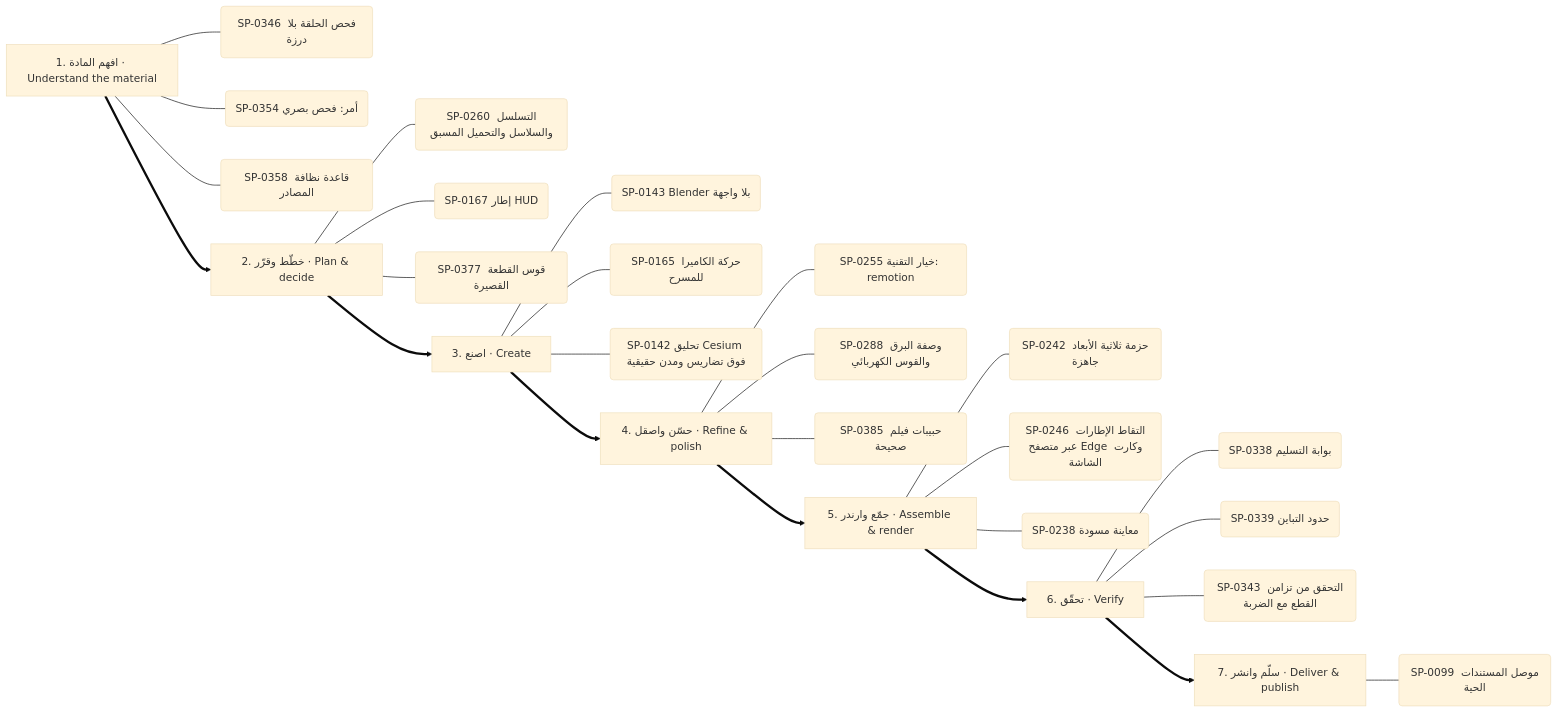
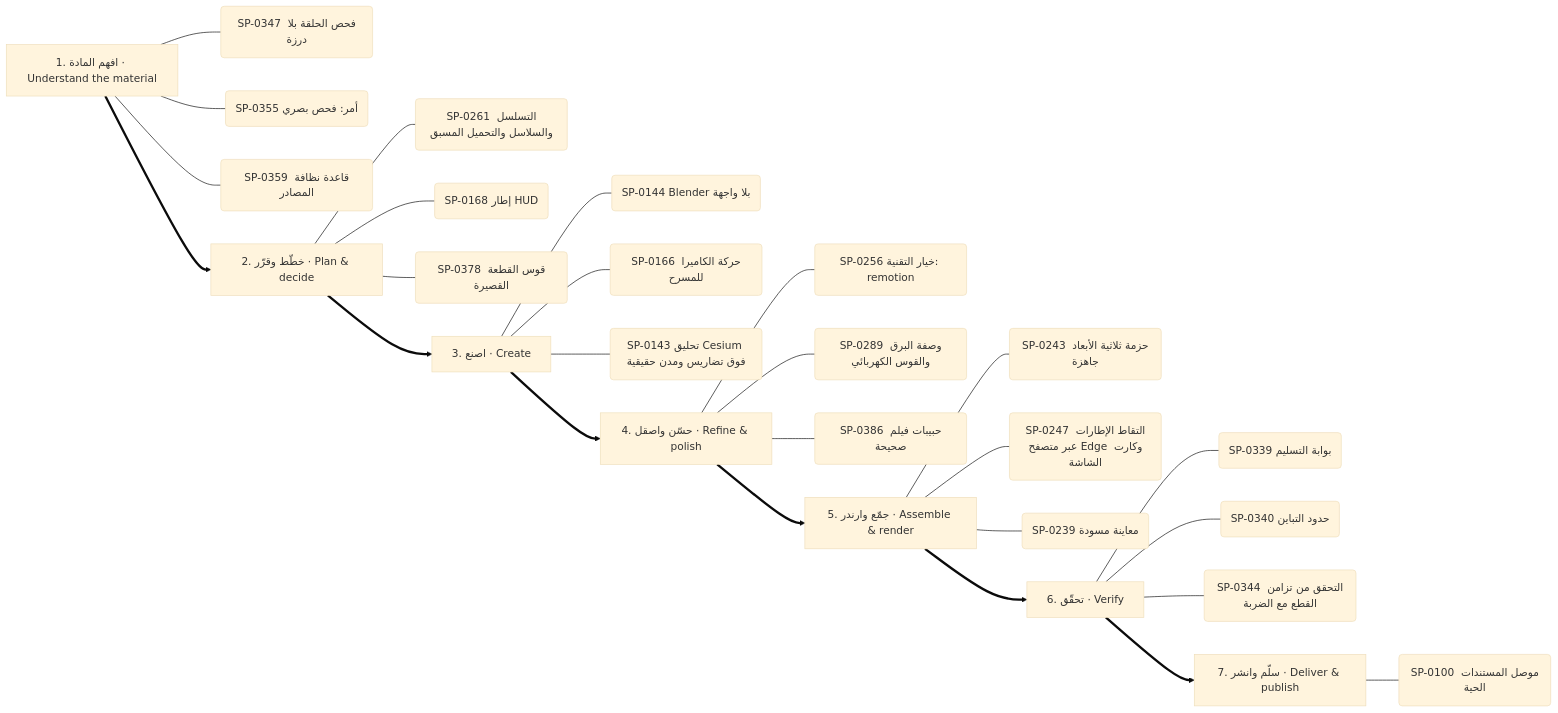
Before and after one commit to kosif199022-jpg/kosif-tool: the eighth of 13 diagrams in .claude/skills/kosif-superpowers/references/capability-mindmap.md, drawn with Mermaid (base theme). The commit also changed other lines of this file and 9 other files, not shown here.

First line of the commit message:
Rebuild the fused superpowers, hubs, mind map and owned-repos map

````diff
--- a/.claude/skills/kosif-superpowers/references/capability-mindmap.md
+++ b/.claude/skills/kosif-superpowers/references/capability-mindmap.md
@@ -407,35 +407,35 @@
 ```mermaid
 flowchart LR
   S0["1. افهم المادة · Understand the material"]
-  S0 --- S0_0("SP-0346 فحص الحلقة بلا درزة")
-  S0 --- S0_1("SP-0354 أمر: فحص بصري")
-  S0 --- S0_2("SP-0358 قاعدة نظافة المصادر")
+  S0 --- S0_0("SP-0347 فحص الحلقة بلا درزة")
+  S0 --- S0_1("SP-0355 أمر: فحص بصري")
+  S0 --- S0_2("SP-0359 قاعدة نظافة المصادر")
   S1["2. خطّط وقرّر · Plan & decide"]
-  S1 --- S1_0("SP-0260 التسلسل والسلاسل والتحميل المسبق")
-  S1 --- S1_1("SP-0167 إطار HUD")
-  S1 --- S1_2("SP-0377 قوس القطعة القصيرة")
+  S1 --- S1_0("SP-0261 التسلسل والسلاسل والتحميل المسبق")
+  S1 --- S1_1("SP-0168 إطار HUD")
+  S1 --- S1_2("SP-0378 قوس القطعة القصيرة")
   S0 ==> S1
   S2["3. اصنع · Create"]
-  S2 --- S2_0("SP-0143 Blender بلا واجهة")
-  S2 --- S2_1("SP-0165 حركة الكاميرا للمسرح")
-  S2 --- S2_2("SP-0142 تحليق Cesium فوق تضاريس ومدن حقيقية")
+  S2 --- S2_0("SP-0144 Blender بلا واجهة")
+  S2 --- S2_1("SP-0166 حركة الكاميرا للمسرح")
+  S2 --- S2_2("SP-0143 تحليق Cesium فوق تضاريس ومدن حقيقية")
   S1 ==> S2
   S3["4. حسّن واصقل · Refine & polish"]
-  S3 --- S3_0("SP-0255 خيار التقنية: remotion")
-  S3 --- S3_1("SP-0288 وصفة البرق والقوس الكهربائي")
-  S3 --- S3_2("SP-0385 حبيبات فيلم صحيحة")
+  S3 --- S3_0("SP-0256 خيار التقنية: remotion")
+  S3 --- S3_1("SP-0289 وصفة البرق والقوس الكهربائي")
+  S3 --- S3_2("SP-0386 حبيبات فيلم صحيحة")
   S2 ==> S3
   S4["5. جمّع وارندر · Assemble & render"]
-  S4 --- S4_0("SP-0242 حزمة ثلاثية الأبعاد جاهزة")
-  S4 --- S4_1("SP-0246 التقاط الإطارات عبر متصفح Edge وكارت الشاشة")
-  S4 --- S4_2("SP-0238 معاينة مسودة")
+  S4 --- S4_0("SP-0243 حزمة ثلاثية الأبعاد جاهزة")
+  S4 --- S4_1("SP-0247 التقاط الإطارات عبر متصفح Edge وكارت الشاشة")
+  S4 --- S4_2("SP-0239 معاينة مسودة")
   S3 ==> S4
   S5["6. تحقّق · Verify"]
-  S5 --- S5_0("SP-0338 بوابة التسليم")
-  S5 --- S5_1("SP-0339 حدود التباين")
-  S5 --- S5_2("SP-0343 التحقق من تزامن القطع مع الضربة")
+  S5 --- S5_0("SP-0339 بوابة التسليم")
+  S5 --- S5_1("SP-0340 حدود التباين")
+  S5 --- S5_2("SP-0344 التحقق من تزامن القطع مع الضربة")
   S4 ==> S5
   S6["7. سلّم وانشر · Deliver & publish"]
-  S6 --- S6_0("SP-0099 موصل المستندات الحية")
+  S6 --- S6_0("SP-0100 موصل المستندات الحية")
   S5 ==> S6
 ```
````
